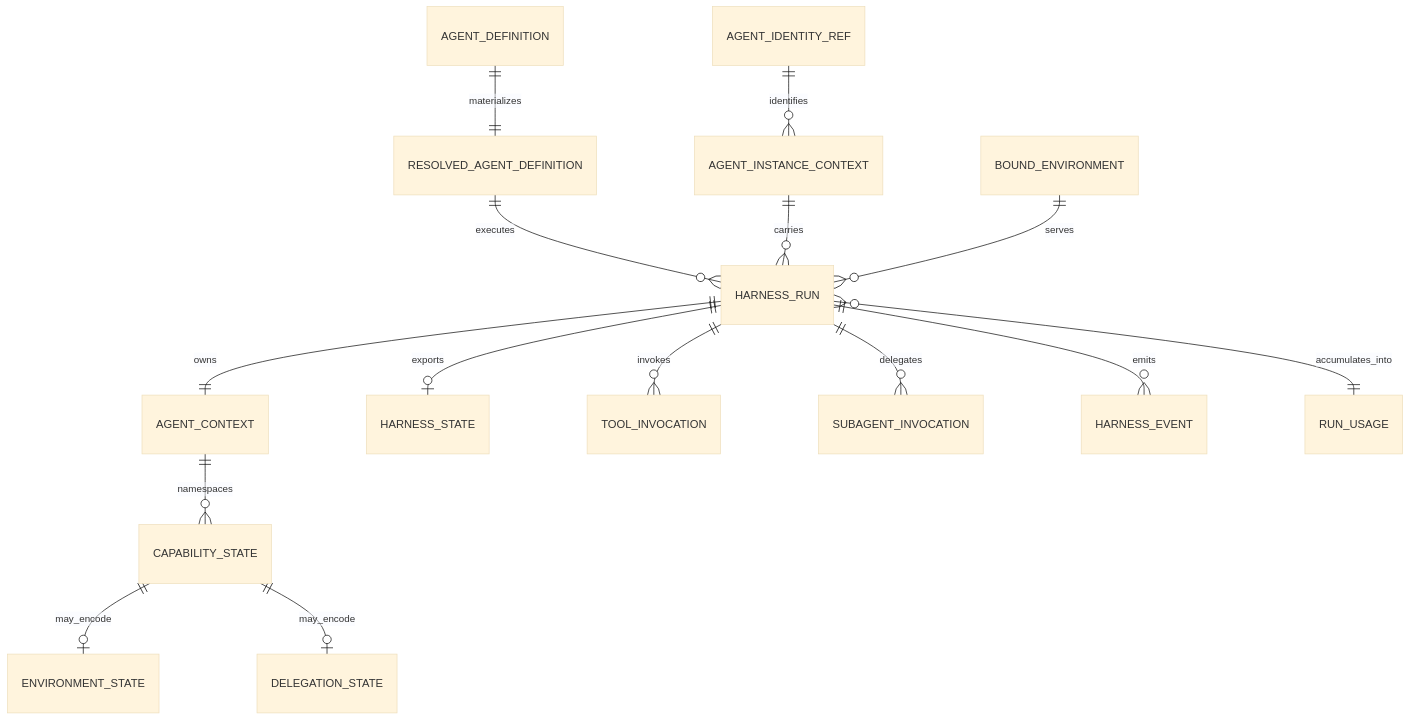
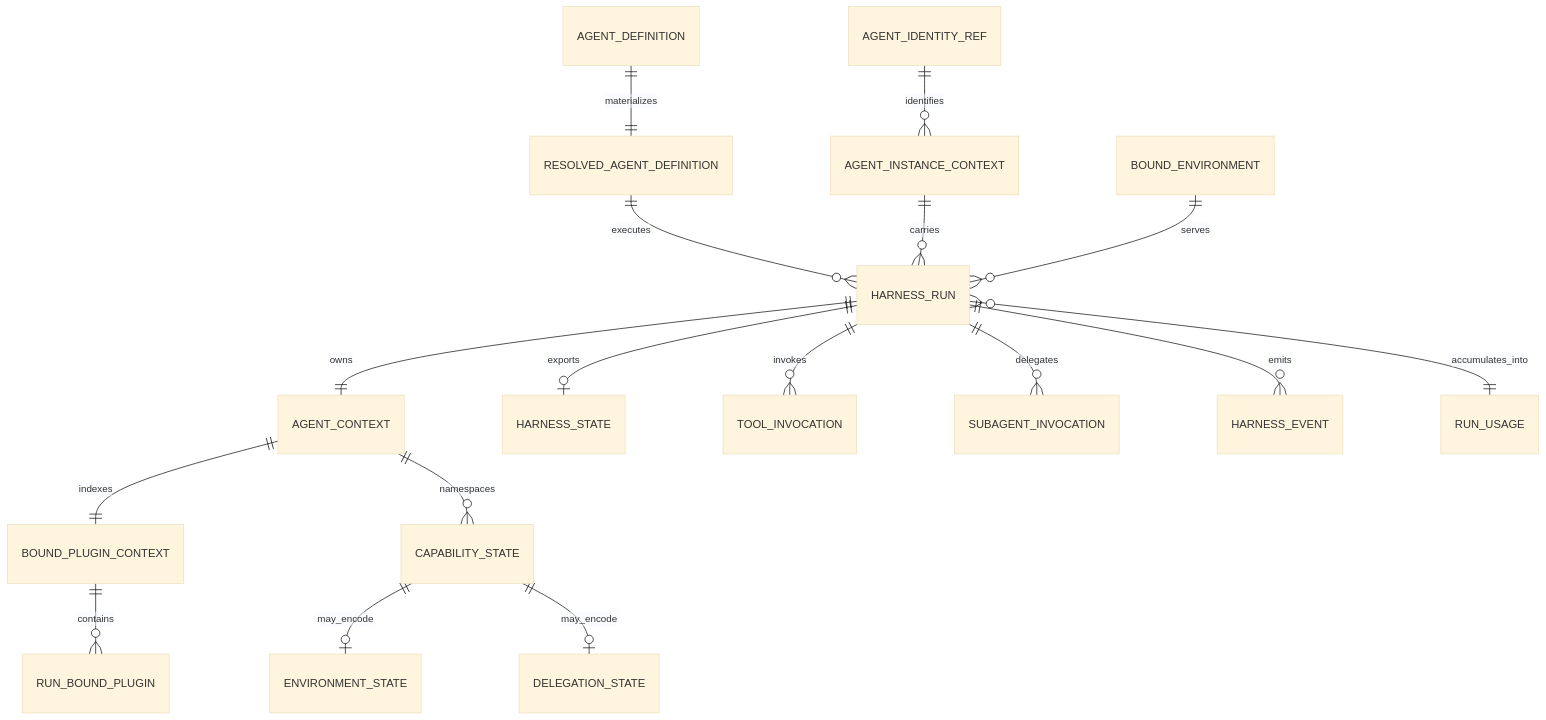
One commit to LTThreeComma/agent-foundation changed the first of 2 diagrams in spec/agent-harness/02-domain-model.md. Above: the diagram before and after it, drawn with Mermaid (base theme). The commit also changed other lines of this file and 21 other files, not shown here.

````diff
--- a/spec/agent-harness/02-domain-model.md
+++ b/spec/agent-harness/02-domain-model.md
@@ -7,17 +7,19 @@
 ```mermaid
 erDiagram
     AGENT_DEFINITION ||--|| RESOLVED_AGENT_DEFINITION : materializes
     RESOLVED_AGENT_DEFINITION ||--o{ HARNESS_RUN : executes
     AGENT_IDENTITY_REF ||--o{ AGENT_INSTANCE_CONTEXT : identifies
     AGENT_INSTANCE_CONTEXT ||--o{ HARNESS_RUN : carries
     HARNESS_RUN ||--|| AGENT_CONTEXT : owns
+    AGENT_CONTEXT ||--|| BOUND_PLUGIN_CONTEXT : indexes
+    BOUND_PLUGIN_CONTEXT ||--o{ RUN_BOUND_PLUGIN : contains
     AGENT_CONTEXT ||--o{ CAPABILITY_STATE : namespaces
     CAPABILITY_STATE ||--o| ENVIRONMENT_STATE : may_encode
     CAPABILITY_STATE ||--o| DELEGATION_STATE : may_encode
     HARNESS_RUN ||--o| HARNESS_STATE : exports
     HARNESS_RUN ||--o{ TOOL_INVOCATION : invokes
     HARNESS_RUN ||--o{ SUBAGENT_INVOCATION : delegates
     HARNESS_RUN ||--o{ HARNESS_EVENT : emits
     HARNESS_RUN }o--|| RUN_USAGE : accumulates_into
     BOUND_ENVIRONMENT ||--o{ HARNESS_RUN : serves
 ```
````
